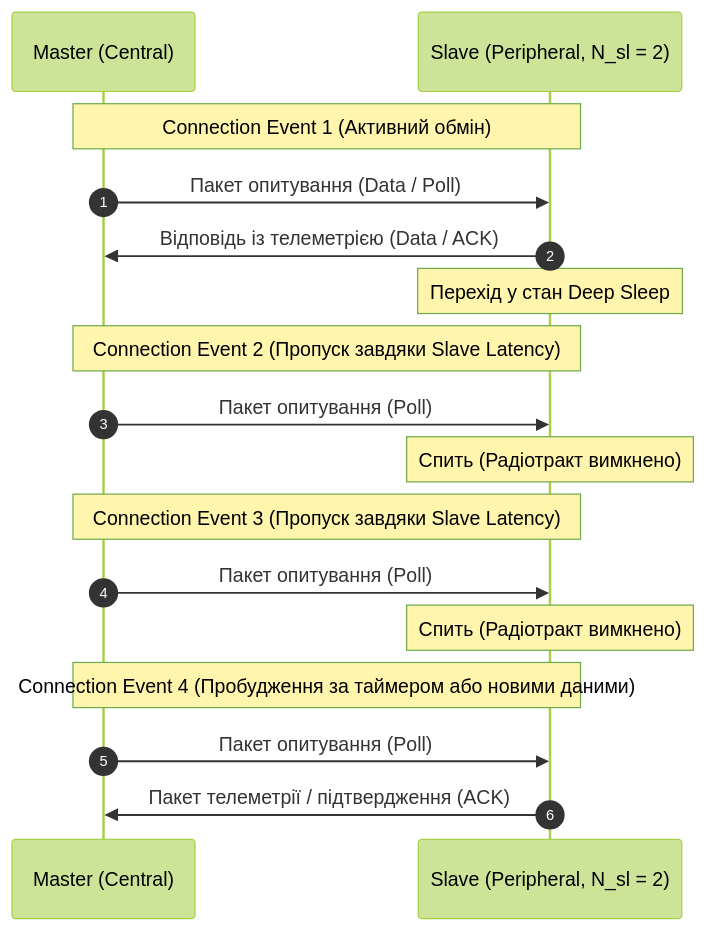
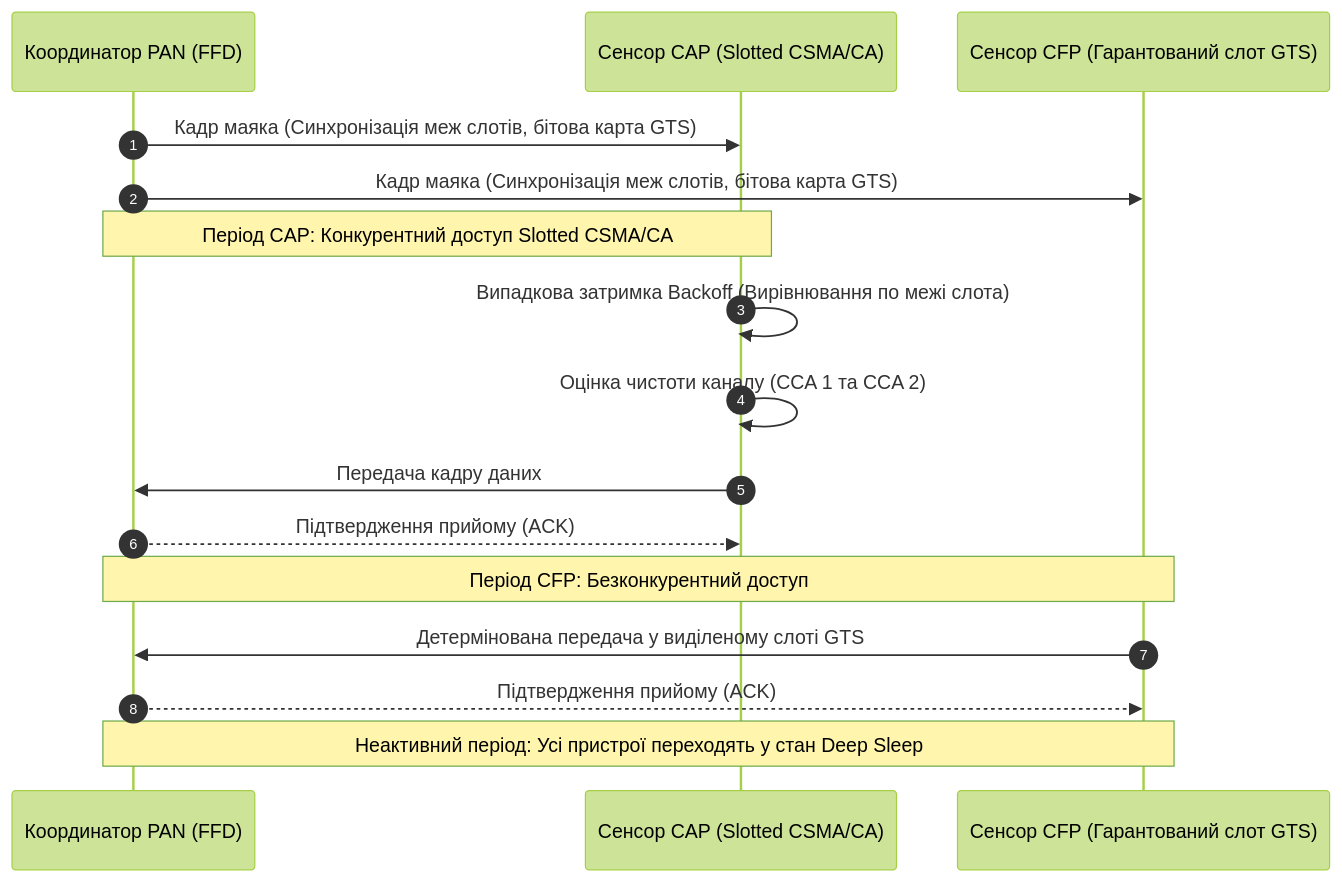
One commit to KyryloVadurin/iot-technologies changed the third of 4 diagrams in docs/lk/lk2.md. Above: the diagram before and after it, drawn with Mermaid (forest theme). The commit also changed other lines of this file, not shown here.

````diff
--- a/docs/lk/lk2.md
+++ b/docs/lk/lk2.md
@@ -145,23 +236,22 @@
 ```mermaid
 sequenceDiagram
     autonumber
-    participant M as Master (Central)
-    participant S as Slave (Peripheral, N_sl = 2)
+    participant Coord as Координатор PAN (FFD)
+    participant Sensor1 as Сенсор CAP (Slotted CSMA/CA)
+    participant Sensor2 as Сенсор CFP (Гарантований слот GTS)
 
-    Note over M,S: Connection Event 1 (Активний обмін)
-    M->>S: Пакет опитування (Data / Poll)
-    S->>M: Відповідь із телеметрією (Data / ACK)
-    Note over S: Перехід у стан Deep Sleep
+    Coord->>Sensor1: Кадр маяка (Синхронізація меж слотів, бітова карта GTS)
+    Coord->>Sensor2: Кадр маяка (Синхронізація меж слотів, бітова карта GTS)
+    
+    Note over Sensor1,Coord: Період CAP: Конкурентний доступ Slotted CSMA/CA
+    Sensor1->>Sensor1: Випадкова затримка Backoff (Вирівнювання по межі слота)
+    Sensor1->>Sensor1: Оцінка чистоти каналу (CCA 1 та CCA 2)
+    Sensor1->>Coord: Передача кадру даних
+    Coord-->>Sensor1: Підтвердження прийому (ACK)
 
-    Note over M,S: Connection Event 2 (Пропуск завдяки Slave Latency)
-    M->>S: Пакет опитування (Poll)
-    Note over S: Спить (Радіотракт вимкнено)
+    Note over Sensor2,Coord: Період CFP: Безконкурентний доступ
+    Sensor2->>Coord: Детермінована передача у виділеному слоті GTS
+    Coord-->>Sensor2: Підтвердження прийому (ACK)
 
-    Note over M,S: Connection Event 3 (Пропуск завдяки Slave Latency)
-    M->>S: Пакет опитування (Poll)
-    Note over S: Спить (Радіотракт вимкнено)
-
-    Note over M,S: Connection Event 4 (Пробудження за таймером або новими даними)
-    M->>S: Пакет опитування (Poll)
-    S->>M: Пакет телеметрії / підтвердження (ACK)
+    Note over Coord,Sensor2: Неактивний період: Усі пристрої переходять у стан Deep Sleep
 ```
````
